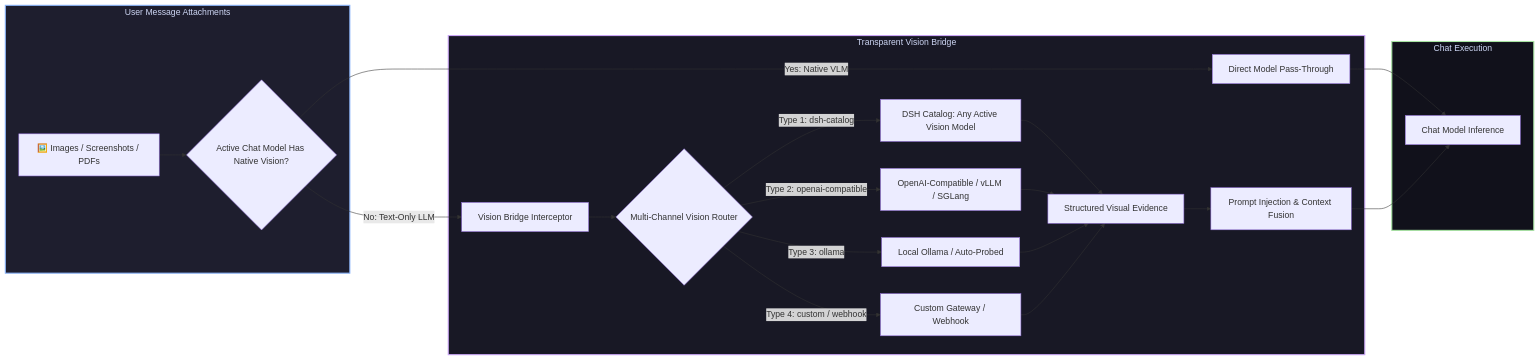
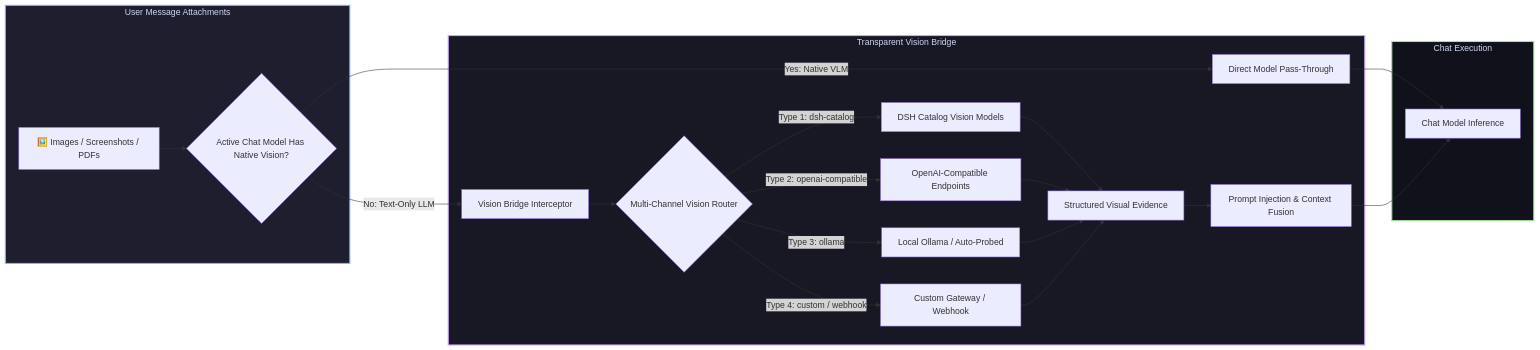
One commit to GooDAnDReaDY/dsh-vision-bridge changed the diagram in README.md. Above: the diagram before and after it, drawn with Mermaid. The commit also changed other lines of this file and 2 other files, not shown here.

Commit message:
docs: remove specific model names from dsh-vision-bridge and describe architecture dynamically

````diff
--- a/README.md
+++ b/README.md
@@ -32,30 +32,30 @@
 ```mermaid
 graph LR
     subgraph Input [User Message Attachments]
         Attach[🖼️ Images / Screenshots / PDFs] --> Check{Active Chat Model Has Native Vision?}
     end
 
     subgraph Transparent [Transparent Vision Bridge]
         Check -->|Yes: Native VLM| Pass[Direct Model Pass-Through]
         Check -->|No: Text-Only LLM| Interceptor[Vision Bridge Interceptor]
         Interceptor --> VisionRouter{Multi-Channel Vision Router}
-        VisionRouter -->|Type 1: dsh-catalog| C1[DSH Catalog: Any Active Vision Model]
-        VisionRouter -->|Type 2: openai-compatible| C2[OpenAI-Compatible / vLLM / SGLang]
+        VisionRouter -->|Type 1: dsh-catalog| C1[DSH Catalog Vision Models]
+        VisionRouter -->|Type 2: openai-compatible| C2[OpenAI-Compatible Endpoints]
         VisionRouter -->|Type 3: ollama| C3[Local Ollama / Auto-Probed]
         VisionRouter -->|Type 4: custom / webhook| C4[Custom Gateway / Webhook]
         C1 --> Structured[Structured Visual Evidence]
         C2 --> Structured
         C3 --> Structured
         C4 --> Structured
         Structured --> Fuse[Prompt Injection & Context Fusion]
     end
 
     subgraph Execution [Chat Execution]
         Pass --> LLM[Chat Model Inference]
         Fuse --> LLM
     end
 
     style Input fill:#1e1e2e,stroke:#89b4fa,stroke-width:2px,color:#cdd6f4
     style Transparent fill:#181825,stroke:#cba6f7,stroke-width:2px,color:#cdd6f4
     style Execution fill:#11111b,stroke:#a6e3a1,stroke-width:2px,color:#cdd6f4
 ```
````
